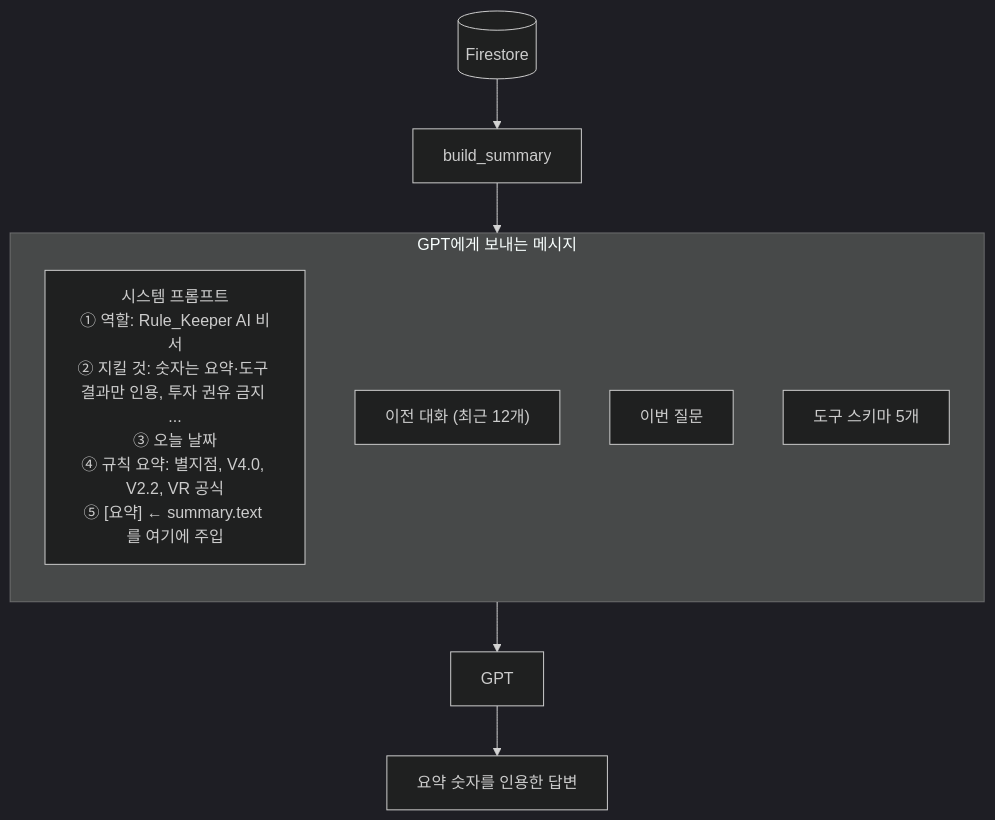
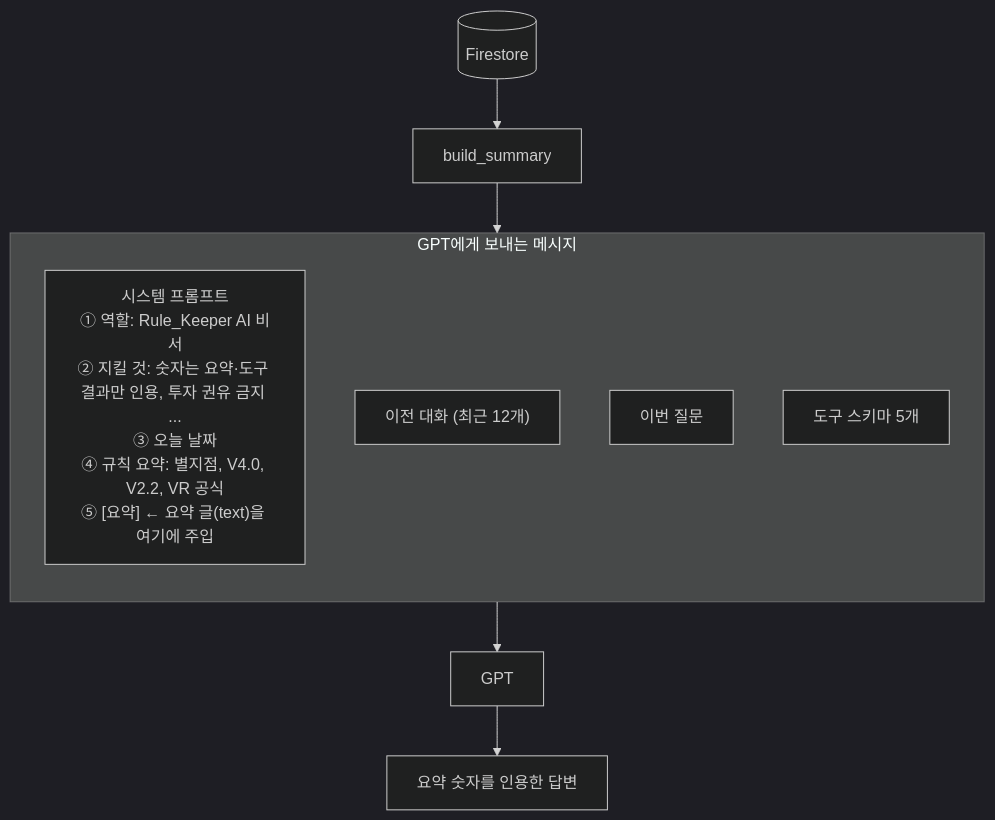
Before and after one commit to goodday-min/Rule_Keeper: diagram 12 of 15 in README.md, drawn with Mermaid (dark theme). The commit also changed other lines of this file, not shown here.

Commit message:
README: 요약 글(text) 설명 보완

````diff
--- a/README.md
+++ b/README.md
@@ -875,12 +876,12 @@
 ```mermaid
 flowchart TB
     subgraph SP[GPT에게 보내는 메시지]
         direction TB
-        S1["시스템 프롬프트<br/>① 역할: Rule_Keeper AI 비서<br/>② 지킬 것: 숫자는 요약·도구 결과만 인용, 투자 권유 금지 ...<br/>③ 오늘 날짜<br/>④ 규칙 요약: 별지점, V4.0, V2.2, VR 공식<br/>⑤ [요약] ← summary.text 를 여기에 주입"]
+        S1["시스템 프롬프트<br/>① 역할: Rule_Keeper AI 비서<br/>② 지킬 것: 숫자는 요약·도구 결과만 인용, 투자 권유 금지 ...<br/>③ 오늘 날짜<br/>④ 규칙 요약: 별지점, V4.0, V2.2, VR 공식<br/>⑤ [요약] ← 요약 글(text)을 여기에 주입"]
         S2["이전 대화 (최근 12개)"]
         S3["이번 질문"]
         S4["도구 스키마 5개"]
     end
     FS[(Firestore)] --> SUM[build_summary] --> S1
     SP --> G[GPT] --> ANS[요약 숫자를 인용한 답변]
 ```
````
